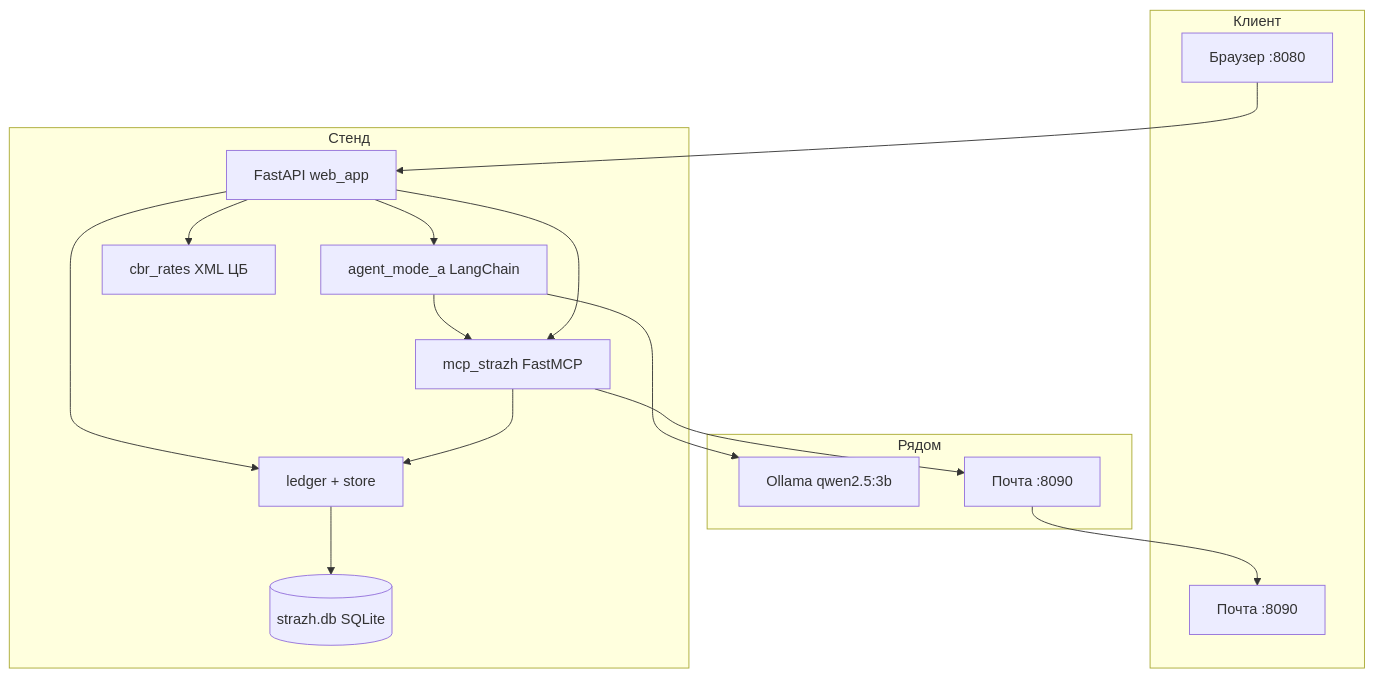
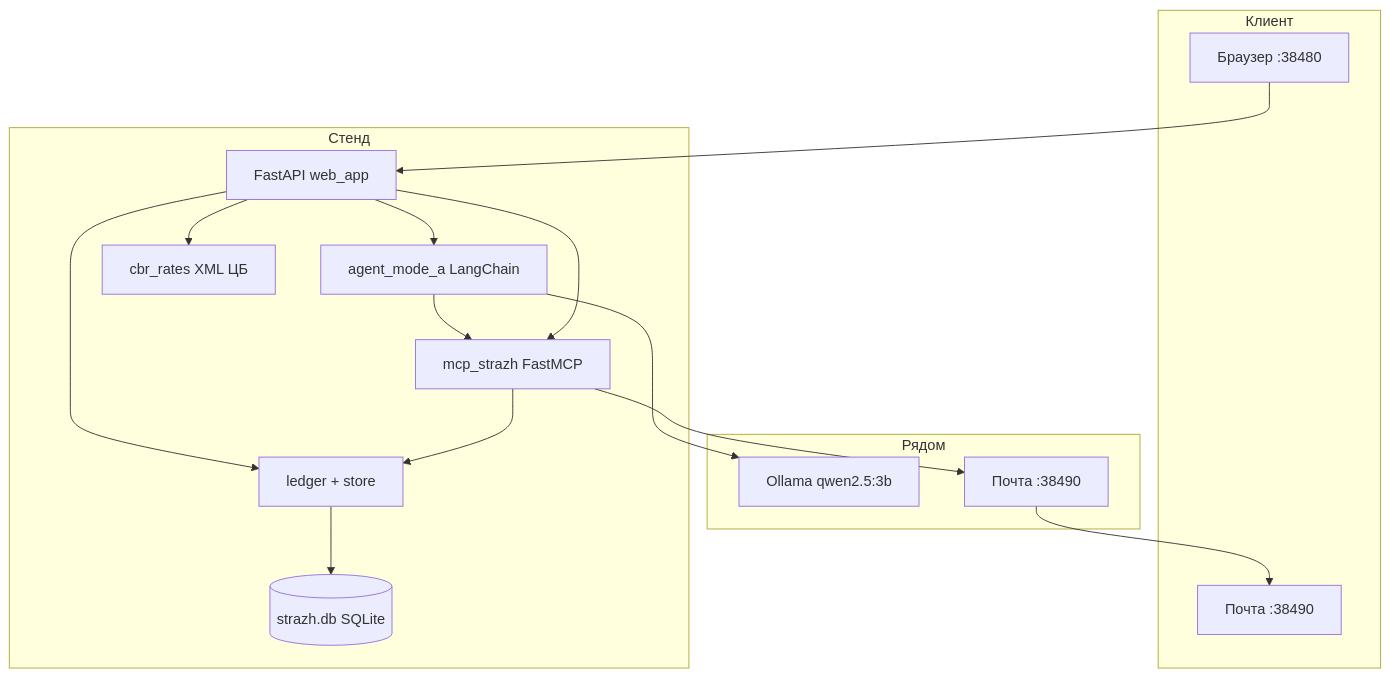
Before and after one commit to truchekaterina/mlsecops_agent: the second of 4 diagrams in docs/ДОКУМЕНТАЦИЯ.md, drawn with Mermaid. The commit also changed other lines of this file and 39 other files, not shown here.

````diff
--- a/docs/ДОКУМЕНТАЦИЯ.md
+++ b/docs/ДОКУМЕНТАЦИЯ.md
@@ -71,33 +71,33 @@
 ```mermaid
 flowchart TB
   subgraph Клиент
-    B[Браузер :8080]
-    MP[Почта :8090]
+    B[Браузер :38480]
+    MP[Почта :38490]
   end
 
   subgraph Стенд
     W[FastAPI web_app]
     AG[agent_mode_a LangChain]
     MCP[mcp_strazh FastMCP]
     LED[ledger + store]
     DB[(strazh.db SQLite)]
     CBR[cbr_rates XML ЦБ]
   end
 
   subgraph Рядом
     OL[Ollama qwen2.5:3b]
-    SMTP[Почта :8090]
+    SMTP[Почта :38490]
   end
 
   B --> W
   W --> AG
   AG --> OL
   AG --> MCP
   W --> MCP
   W --> LED
   MCP --> LED
   LED --> DB
   W --> CBR
   MCP --> SMTP
   SMTP --> MP
 ```
````
